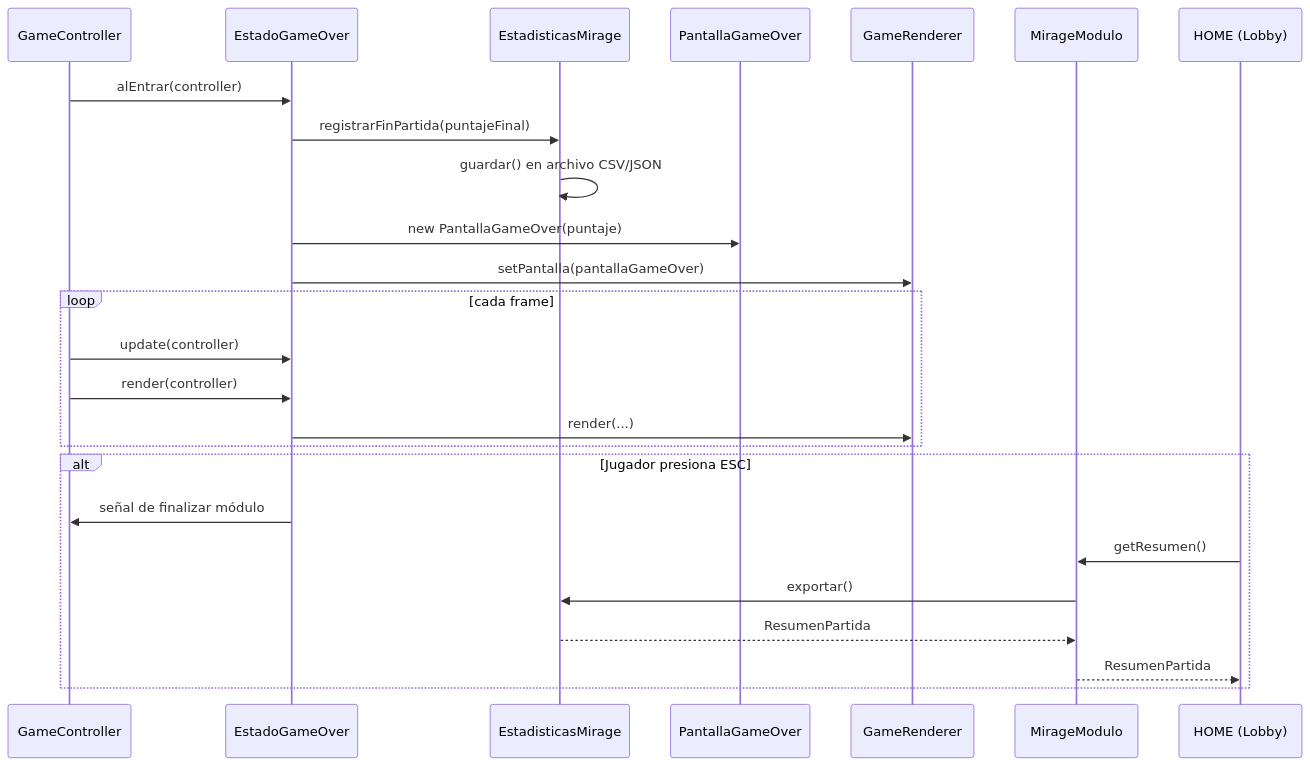
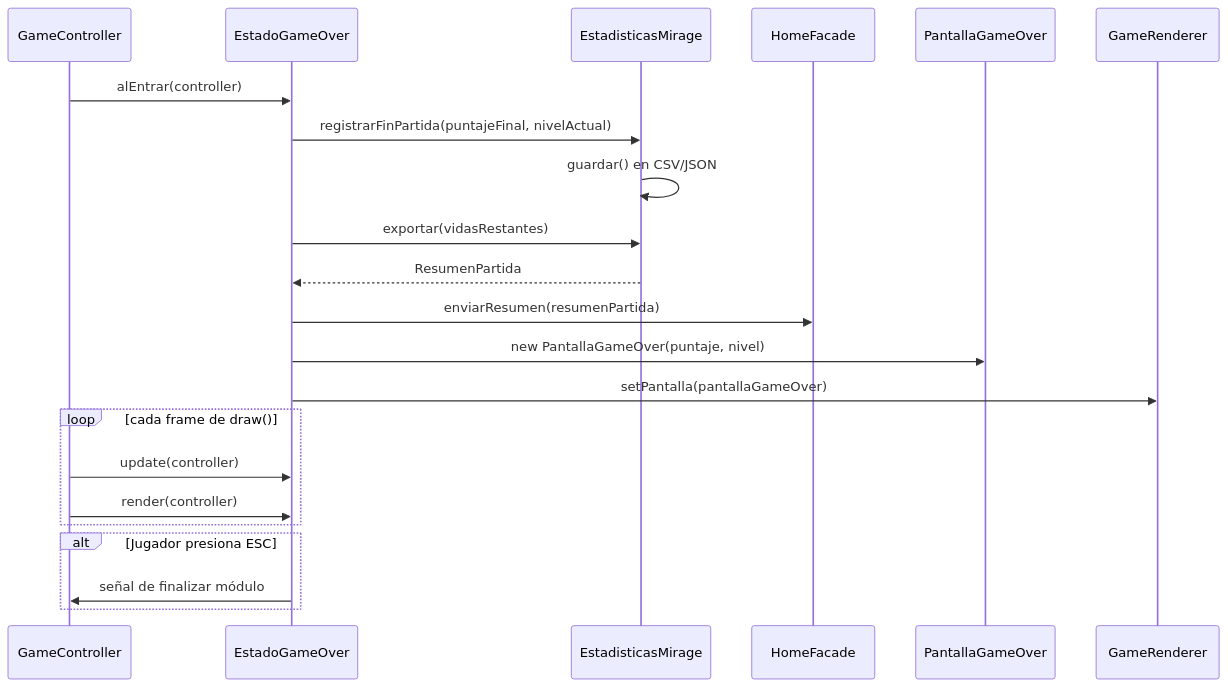
One commit to Christian-Rojas-Rodriguez/juego-1982 changed the sixth of 12 diagrams in docs/analisis/casos-de-uso.md. Above: the diagram before and after it, drawn with Mermaid. The commit also changed other lines of this file and 3 other files, not shown here.

````diff
--- a/docs/analisis/casos-de-uso.md
+++ b/docs/analisis/casos-de-uso.md
@@ -178,30 +231,27 @@
 ```mermaid
 sequenceDiagram
     participant GameController
     participant EstadoGameOver
     participant EstadisticasMirage
+    participant HomeFacade
     participant PantallaGameOver
     participant GameRenderer
-    participant MirageModulo
-    participant HOME as HOME (Lobby)
 
     GameController->>EstadoGameOver: alEntrar(controller)
-    EstadoGameOver->>EstadisticasMirage: registrarFinPartida(puntajeFinal)
-    EstadisticasMirage->>EstadisticasMirage: guardar() en archivo CSV/JSON
-    EstadoGameOver->>PantallaGameOver: new PantallaGameOver(puntaje)
+    EstadoGameOver->>EstadisticasMirage: registrarFinPartida(puntajeFinal, nivelActual)
+    EstadisticasMirage->>EstadisticasMirage: guardar() en CSV/JSON
+    EstadoGameOver->>EstadisticasMirage: exportar(vidasRestantes)
+    EstadisticasMirage-->>EstadoGameOver: ResumenPartida
+    EstadoGameOver->>HomeFacade: enviarResumen(resumenPartida)
+    EstadoGameOver->>PantallaGameOver: new PantallaGameOver(puntaje, nivel)
     EstadoGameOver->>GameRenderer: setPantalla(pantallaGameOver)
 
-    loop cada frame
+    loop cada frame de draw()
         GameController->>EstadoGameOver: update(controller)
         GameController->>EstadoGameOver: render(controller)
-        EstadoGameOver->>GameRenderer: render(...)
     end
 
     alt Jugador presiona ESC
         EstadoGameOver->>GameController: señal de finalizar módulo
-        HOME->>MirageModulo: getResumen()
-        MirageModulo->>EstadisticasMirage: exportar()
-        EstadisticasMirage-->>MirageModulo: ResumenPartida
-        MirageModulo-->>HOME: ResumenPartida
     end
 ```
````
